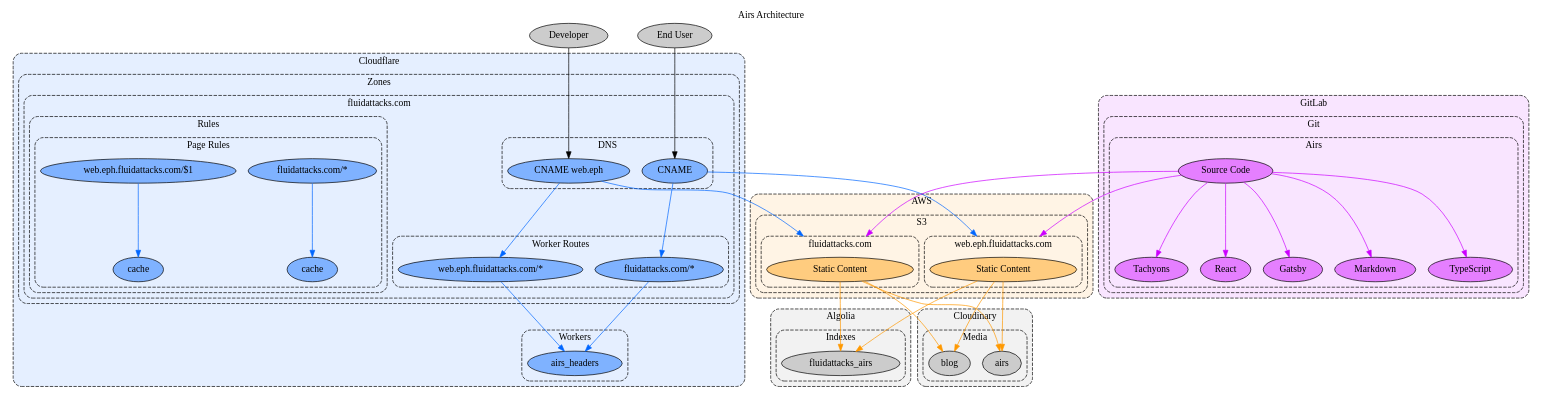
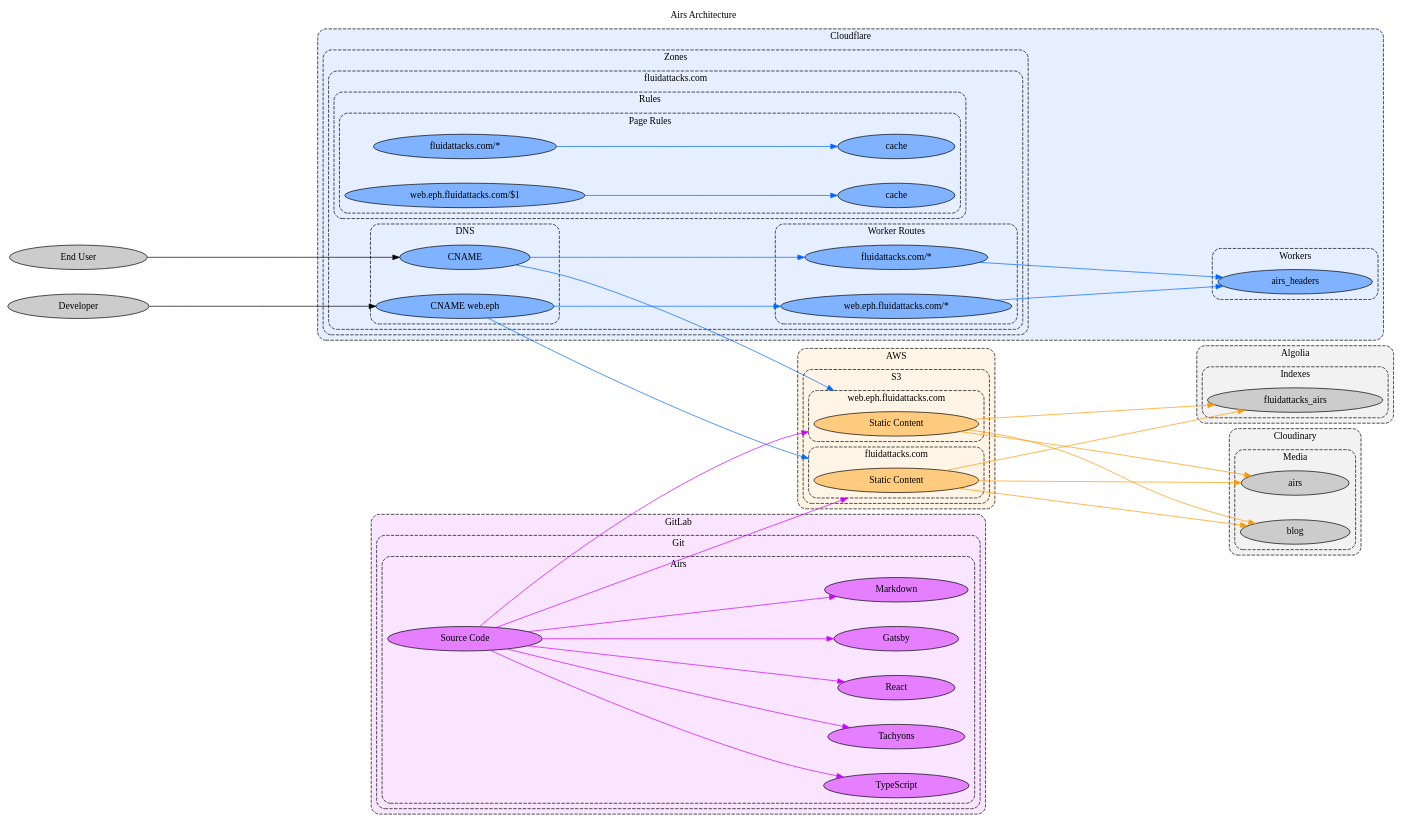
The diagram in docs/src/docs/development/products/airs-arch.dot (jeanbaptistemora/fluidattacks-universe2), drawn with Graphviz before and after one commit. The commit also changed 18 other files, not shown here.

```diff
--- a/docs/src/docs/development/products/airs-arch.dot
+++ b/docs/src/docs/development/products/airs-arch.dot
@@ -1,164 +1,167 @@
 // SPDX-FileCopyrightText: 2022 Fluid Attacks <development@fluidattacks.com>
 //
 // SPDX-License-Identifier: MPL-2.0
 
 digraph airs {
   label="Airs Architecture"
   labelloc="t"
   compound="true"
   concentrate="true"
-  scale="scalexy"
+  rankdir="LR"
+  ranksep="4.0"
+  nodesep="0.5"
+  overlap="scalexy"
 
-  node[style="filled"]
+  node[style="filled" margin="0.8,0.0"]
   graph[style="dashed,rounded"]
 
   subgraph cluster_algolia {
     label="Algolia"
     bgcolor="0.0 0.0 0.95"
     node[fillcolor="0.0 0.0 0.8"]
 
     subgraph cluster_algolia_index {
       label="Indexes"
 
       algolia_airs[label="fluidattacks_airs"]
     }
   }
 
   subgraph cluster_aws {
     label="AWS"
     bgcolor="0.1 0.1 1.0"
     node[fillcolor="0.1 0.5 1.0"]
 
     subgraph cluster_aws_s3 {
       label="S3"
 
       subgraph cluster_aws_s3_airs_dev {
         label="web.eph.fluidattacks.com"
 
         aws_s3_airs_dev_static[label="Static Content" width="3.0"]
       }
 
       subgraph cluster_aws_s3_airs_prod {
         label="fluidattacks.com"
 
         aws_s3_airs_prod_static[label="Static Content" width="3.0"]
       }
     }
   }
 
   subgraph cluster_cloudflare {
     label="Cloudflare"
     bgcolor="0.6 0.1 1.0"
     node[fillcolor="0.6 0.5 1.0"]
 
     subgraph cluster_cloudflare_workers {
       label="Workers"
 
       cluster_cloudflare_workers_airs_headers[label="airs_headers"]
     }
 
     subgraph cluster_cloudflare_zones {
       label="Zones"
 
       subgraph cluster_cloudflare_zone_fluidattacks_com {
         label="fluidattacks.com"
 
         subgraph cluster_cloudflare_zone_fluidattacks_com_dns {
           label="DNS"
 
           cloudflare_zone_fluidattacks_com_dns_cname[label="CNAME"]
           cloudflare_zone_fluidattacks_com_dns_cname_web_eph[label="CNAME web.eph"]
         }
 
         subgraph cluster_cloudflare_zone_fluidattacks_com_rules {
           label="Rules"
 
           subgraph cluster_cloudflare_zone_fluidattacks_com_rules_page {
             label="Page Rules"
 
             cloudflare_zone_fluidattacks_com_rules_page[label="fluidattacks.com/*"]
             cloudflare_zone_fluidattacks_com_rules_page_cache[label="cache"]
             cloudflare_zone_fluidattacks_com_rules_page_web_eph[label="web.eph.fluidattacks.com/$1"]
             cloudflare_zone_fluidattacks_com_rules_page_web_eph_cache[label="cache"]
           }
         }
 
         subgraph cluster_cloudflare_zone_fluidattacks_com_worker_routes {
           label="Worker Routes"
 
           cloudflare_zone_fluidattacks_com_worker_route_dev[label="web.eph.fluidattacks.com/*"]
           cloudflare_zone_fluidattacks_com_worker_route_prod[label="fluidattacks.com/*"]
         }
       }
     }
   }
 
   subgraph cluster_cloudinary {
     label="Cloudinary"
     bgcolor="0.0 0.0 0.95"
     node[fillcolor="0.0 0.0 0.8"]
 
     subgraph cluster_cloudinary_media {
       label="Media"
 
       cloudinary_media_airs[label="airs"]
       cloudinary_media_blog[label="blog"]
     }
   }
 
   subgraph cluster_gitlab {
     label="GitLab"
     bgcolor="0.8 0.1 1.0"
     node[fillcolor="0.8 0.5 1.0"]
 
     subgraph cluster_gitlab_git {
       label="Git"
 
       subgraph cluster_gitlab_airs {
         label="Airs"
 
         gitlab_airs[label="Source Code"]
         gitlab_airs_gatsby[label="Gatsby"]
         gitlab_airs_markdown[label="Markdown"]
         gitlab_airs_typescript[label="TypeScript"]
         gitlab_airs_tachyons[label="Tachyons"]
         gitlab_airs_react[label="React"]
       }
     }
   }
 
   edge[color="0.1 1.0 1.0"]
   aws_s3_airs_dev_static -> algolia_airs[]
   aws_s3_airs_dev_static -> cloudinary_media_blog[]
   aws_s3_airs_dev_static -> cloudinary_media_airs[]
   aws_s3_airs_prod_static -> algolia_airs[]
   aws_s3_airs_prod_static -> cloudinary_media_blog[]
   aws_s3_airs_prod_static -> cloudinary_media_airs[]
 
   edge[color="0.6 1.0 1.0"]
   cloudflare_zone_fluidattacks_com_worker_route_dev -> cluster_cloudflare_workers_airs_headers[]
   cloudflare_zone_fluidattacks_com_worker_route_prod -> cluster_cloudflare_workers_airs_headers[]
   cloudflare_zone_fluidattacks_com_dns_cname -> cloudflare_zone_fluidattacks_com_worker_route_prod[]
   cloudflare_zone_fluidattacks_com_dns_cname_web_eph -> cloudflare_zone_fluidattacks_com_worker_route_dev[]
   cloudflare_zone_fluidattacks_com_dns_cname -> aws_s3_airs_dev_static[lhead="cluster_aws_s3_airs_dev"]
   cloudflare_zone_fluidattacks_com_dns_cname_web_eph -> aws_s3_airs_prod_static[lhead="cluster_aws_s3_airs_prod"]
   cloudflare_zone_fluidattacks_com_rules_page -> cloudflare_zone_fluidattacks_com_rules_page_cache[]
   cloudflare_zone_fluidattacks_com_rules_page_web_eph -> cloudflare_zone_fluidattacks_com_rules_page_web_eph_cache[]
 
   edge[color="0.8 1.0 1.0"]
   gitlab_airs -> aws_s3_airs_dev_static[lhead="cluster_aws_s3_airs_dev"]
   gitlab_airs -> aws_s3_airs_prod_static[lhead="cluster_aws_s3_airs_prod"]
   gitlab_airs -> gitlab_airs_gatsby[]
   gitlab_airs -> gitlab_airs_markdown[]
   gitlab_airs -> gitlab_airs_typescript[]
   gitlab_airs -> gitlab_airs_tachyons[]
   gitlab_airs -> gitlab_airs_react[]
 
   node[fillcolor="0.0 0.0 0.8"]
   customer[label="End User"]
   fluid_attacks_developer[label="Developer"]
 
   edge[color="0.0 0.0 0.0"]
   customer -> cloudflare_zone_fluidattacks_com_dns_cname[]
   fluid_attacks_developer -> cloudflare_zone_fluidattacks_com_dns_cname_web_eph[]
 }
```
